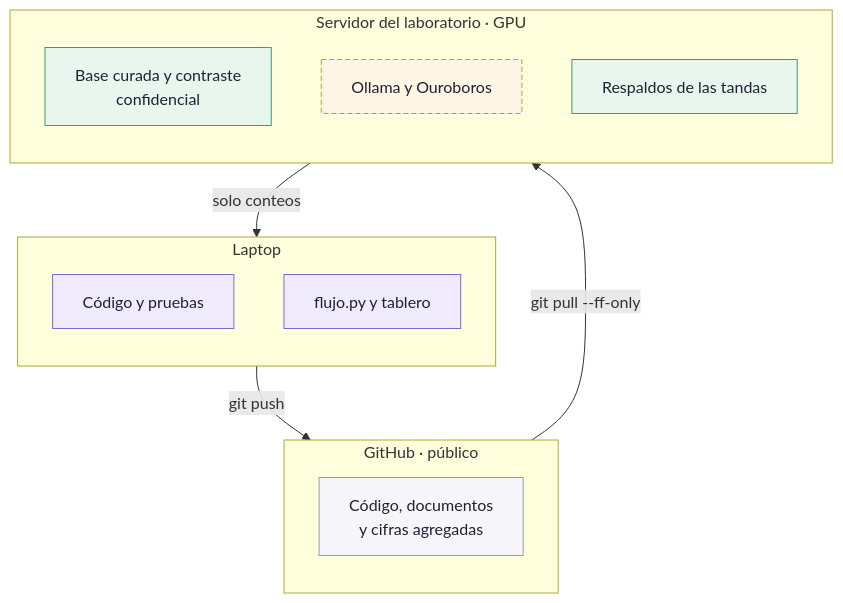
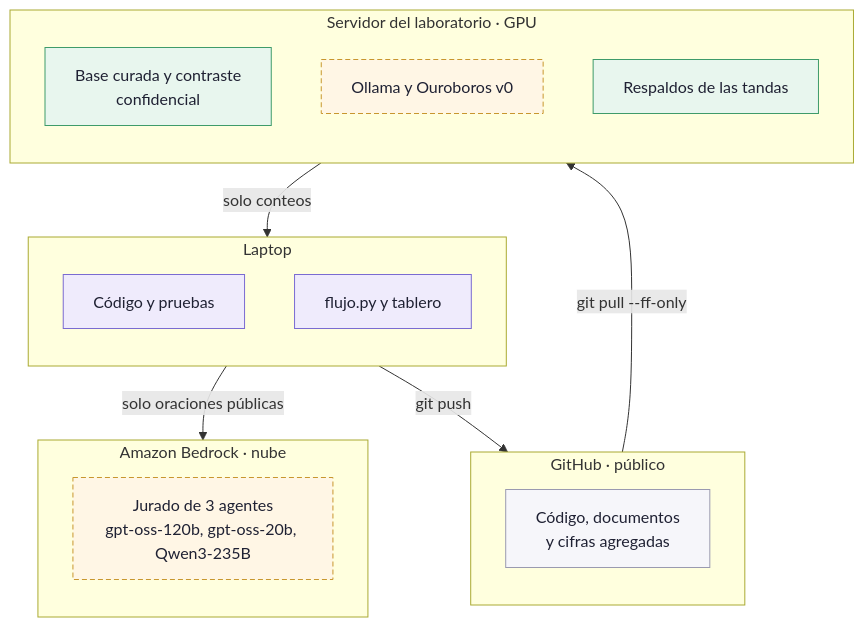
The second of 6 diagrams in docs/reporte/reporte.md (MonkeyDMemo/download_abstract_pdf), drawn with Mermaid before and after one commit. The commit also changed other lines of this file and 5 other files, not shown here.

````diff
--- a/docs/reporte/reporte.md
+++ b/docs/reporte/reporte.md
@@ -92,25 +97,30 @@
 ```mermaid
 flowchart TB
   subgraph L["Laptop"]
     direction TB
     COD["Código y pruebas"]:::paso
     FLU["flujo.py y tablero"]:::paso
   end
   subgraph G["GitHub · público"]
     direction TB
     REPO["Código, documentos<br/>y cifras agregadas"]:::fuente
   end
   subgraph S["Servidor del laboratorio · GPU"]
     direction TB
     CONF["Base curada y contraste<br/>confidencial"]:::ev
-    OLL["Ollama y Ouroboros"]:::expl
+    OLL["Ollama y Ouroboros v0"]:::expl
     RESP["Respaldos de las tandas"]:::ev
   end
+  subgraph N["Amazon Bedrock · nube"]
+    direction TB
+    JUR["Jurado de 3 agentes<br/>gpt-oss-120b, gpt-oss-20b, Qwen3-235B"]:::expl
+  end
+  L -- "solo oraciones públicas" --> N
   L -- "git push" --> G
   G -- "git pull --ff-only" --> S
   S -- "solo conteos" --> L
   classDef fuente fill:#F6F6FA,stroke:#9A9AB0,color:#1F2133
   classDef paso fill:#EFEBFC,stroke:#7A6BD1,color:#1F2133
   classDef ev fill:#E8F6EE,stroke:#3E9B6A,color:#1F2133
   classDef expl fill:#FFF6E5,stroke:#C8962E,stroke-dasharray:5 3,color:#1F2133
 ```
````
